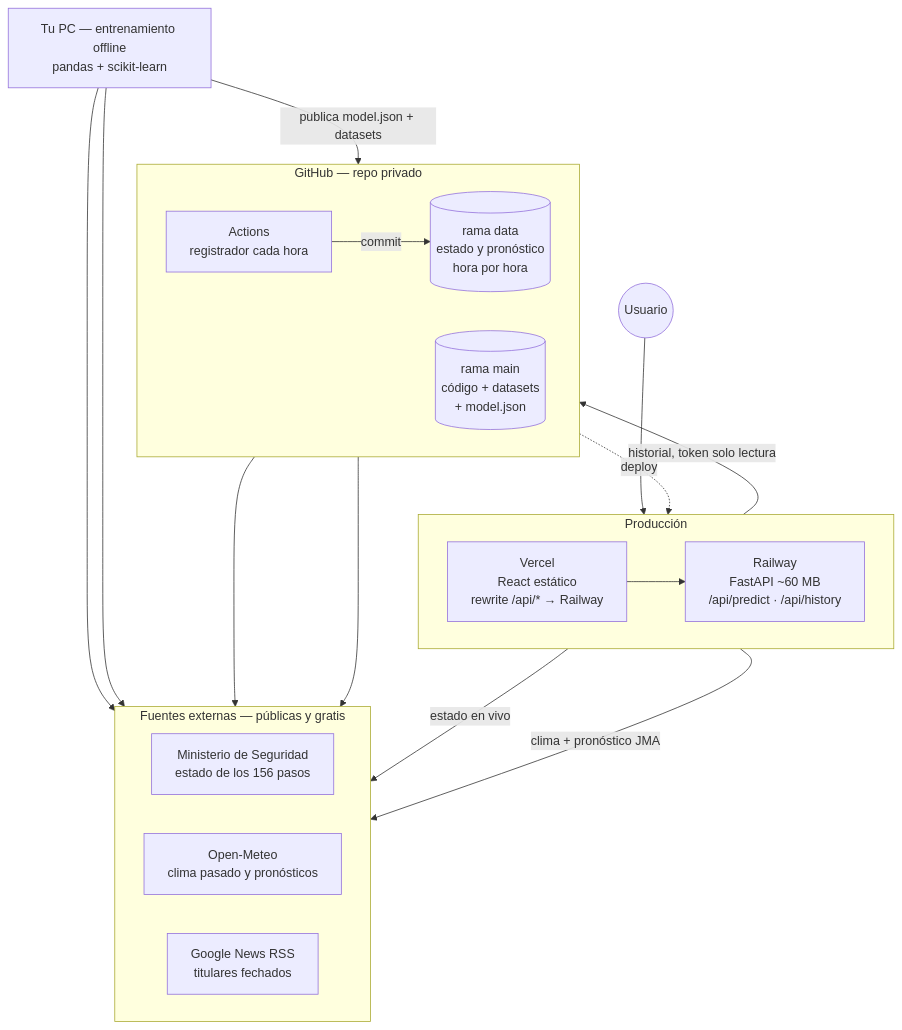
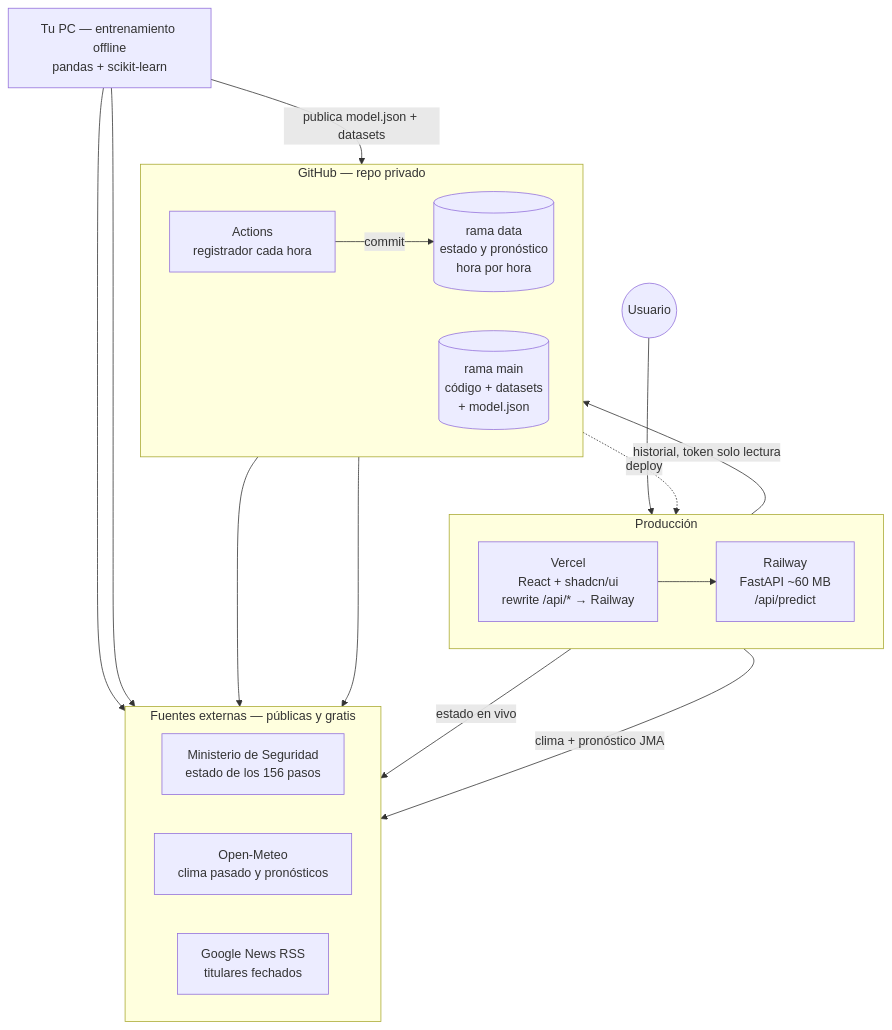
The first of 4 diagrams in README.md (theit0/paso-cristo-redentor), drawn with Mermaid before and after one commit. The commit also changed other lines of this file and 26 other files, not shown here.

````diff
--- a/README.md
+++ b/README.md
@@ -32,39 +32,39 @@
 ```mermaid
 flowchart TB
     USER(("Usuario"))
 
     subgraph PROD["Producción"]
         direction LR
-        WEB["Vercel<br/>React estático<br/>rewrite /api/* → Railway"]
-        API["Railway<br/>FastAPI ~60 MB<br/>/api/predict · /api/history"]
+        WEB["Vercel<br/>React + shadcn/ui<br/>rewrite /api/* → Railway"]
+        API["Railway<br/>FastAPI ~60 MB<br/>/api/predict"]
         WEB --> API
     end
 
     subgraph GH["GitHub — repo privado"]
         direction LR
         ACT["Actions<br/>registrador cada hora"]
         DATA[("rama data<br/>estado y pronóstico<br/>hora por hora")]
         MAIN[("rama main<br/>código + datasets<br/>+ model.json")]
         ACT -->|commit| DATA
     end
 
     TRAIN["Tu PC — entrenamiento offline<br/>pandas + scikit-learn"]
 
     subgraph EXT["Fuentes externas — públicas y gratis"]
         direction LR
         GOV["Ministerio de Seguridad<br/>estado de los 156 pasos"]
         OM["Open-Meteo<br/>clima pasado y pronósticos"]
         GN["Google News RSS<br/>titulares fechados"]
     end
 
     USER --> WEB
     MAIN -.->|deploy| PROD
     API -->|"historial, token solo lectura"| DATA
     API -->|"estado en vivo"| GOV
     API -->|"clima + pronóstico JMA"| OM
     ACT --> GOV
     ACT --> OM
     TRAIN -->|"publica model.json + datasets"| MAIN
     TRAIN --> GN
     TRAIN --> OM
 ```
````
